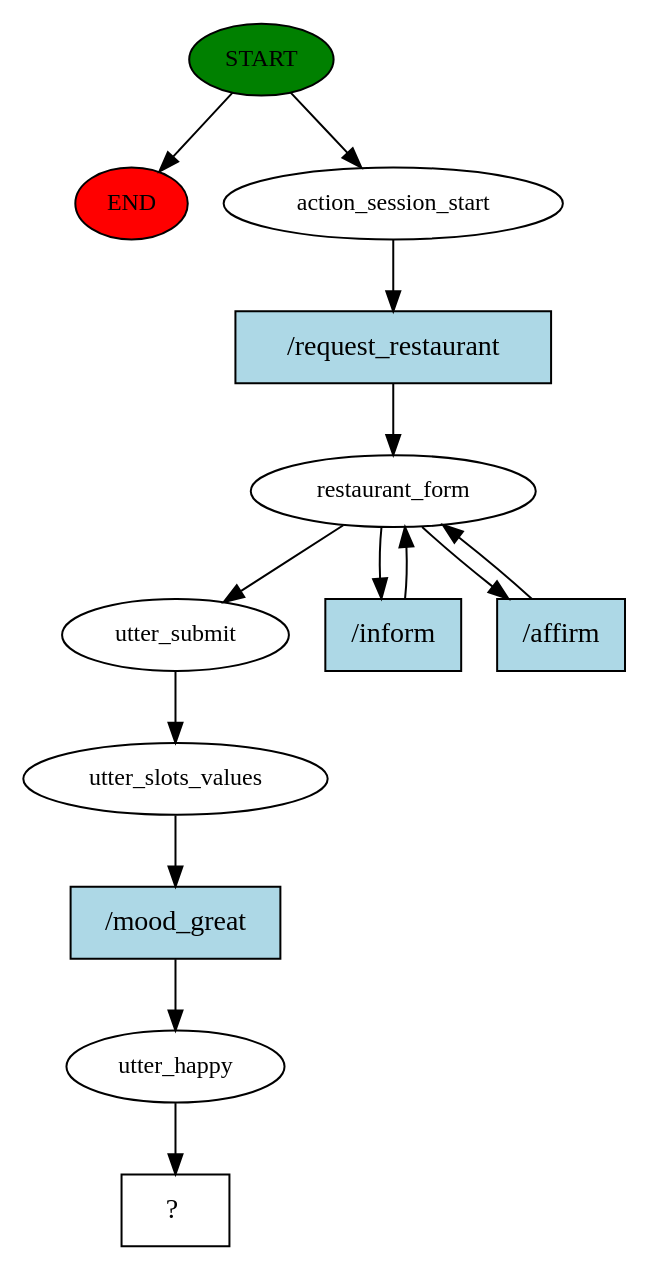
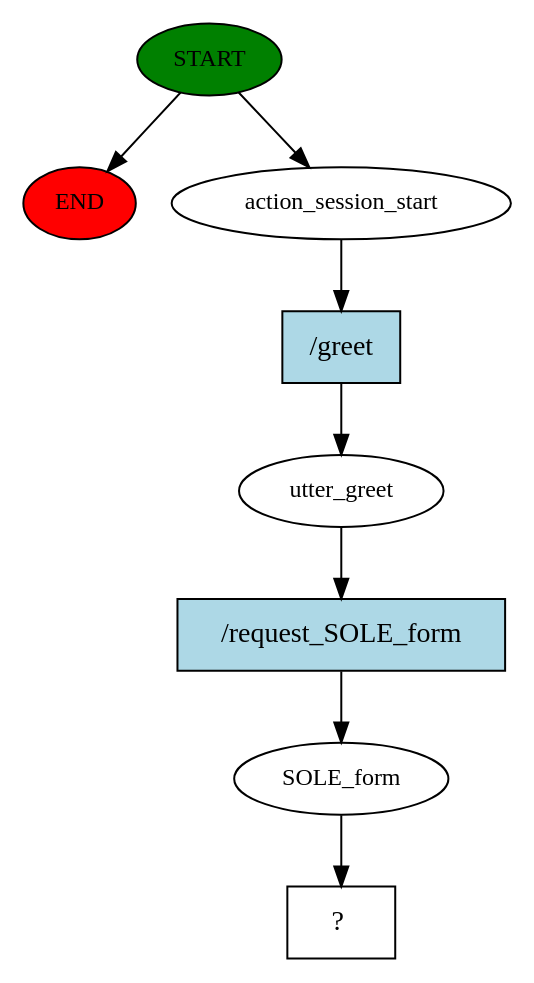
Before and after one commit to hkl19/Rasa-Surveybot1: the diagram in FYP/story_graph.dot, drawn with Graphviz. The commit also changed 107 other files, not shown here.

```diff
--- a/FYP/story_graph.dot
+++ b/FYP/story_graph.dot
@@ -1,27 +1,17 @@
 digraph  {
 0 [class="start active", fillcolor=green, fontsize=12, label=START, style=filled];
 "-1" [class=end, fillcolor=red, fontsize=12, label=END, style=filled];
 1 [class=active, fontsize=12, label=action_session_start];
-2 [class=active, fontsize=12, label=restaurant_form];
-5 [class=active, fontsize=12, label=utter_submit];
-6 [class=active, fontsize=12, label=utter_slots_values];
-7 [class=active, fontsize=12, label=utter_happy];
-8 [class="intent dashed active", label="  ?  ", shape=rect];
-9 [class="intent active", fillcolor=lightblue, label="/request_restaurant", shape=rect, style=filled];
-10 [class="intent active", fillcolor=lightblue, label="/inform", shape=rect, style=filled];
-11 [class="intent active", fillcolor=lightblue, label="/affirm", shape=rect, style=filled];
-12 [class="intent active", fillcolor=lightblue, label="/mood_great", shape=rect, style=filled];
+2 [class=active, fontsize=12, label=utter_greet];
+3 [class=active, fontsize=12, label=SOLE_form];
+4 [class="intent dashed active", label="  ?  ", shape=rect];
+5 [class="intent active", fillcolor=lightblue, label="/greet", shape=rect, style=filled];
+6 [class="intent active", fillcolor=lightblue, label="/request_SOLE_form", shape=rect, style=filled];
 0 -> "-1"  [class="", key=NONE, label=""];
 0 -> 1  [class=active, key=NONE, label=""];
-1 -> 9  [class=active, key=0];
-2 -> 5  [class=active, key=NONE, label=""];
-2 -> 10  [class=active, key=0];
-2 -> 11  [class=active, key=0];
-5 -> 6  [class=active, key=NONE, label=""];
-6 -> 12  [class=active, key=0];
-7 -> 8  [class=active, key=NONE, label=""];
-9 -> 2  [class=active, key=0];
-10 -> 2  [class=active, key=0];
-11 -> 2  [class=active, key=0];
-12 -> 7  [class=active, key=0];
+1 -> 5  [class=active, key=0];
+2 -> 6  [class=active, key=0];
+3 -> 4  [class=active, key=NONE, label=""];
+5 -> 2  [class=active, key=0];
+6 -> 3  [class=active, key=0];
 }
```
